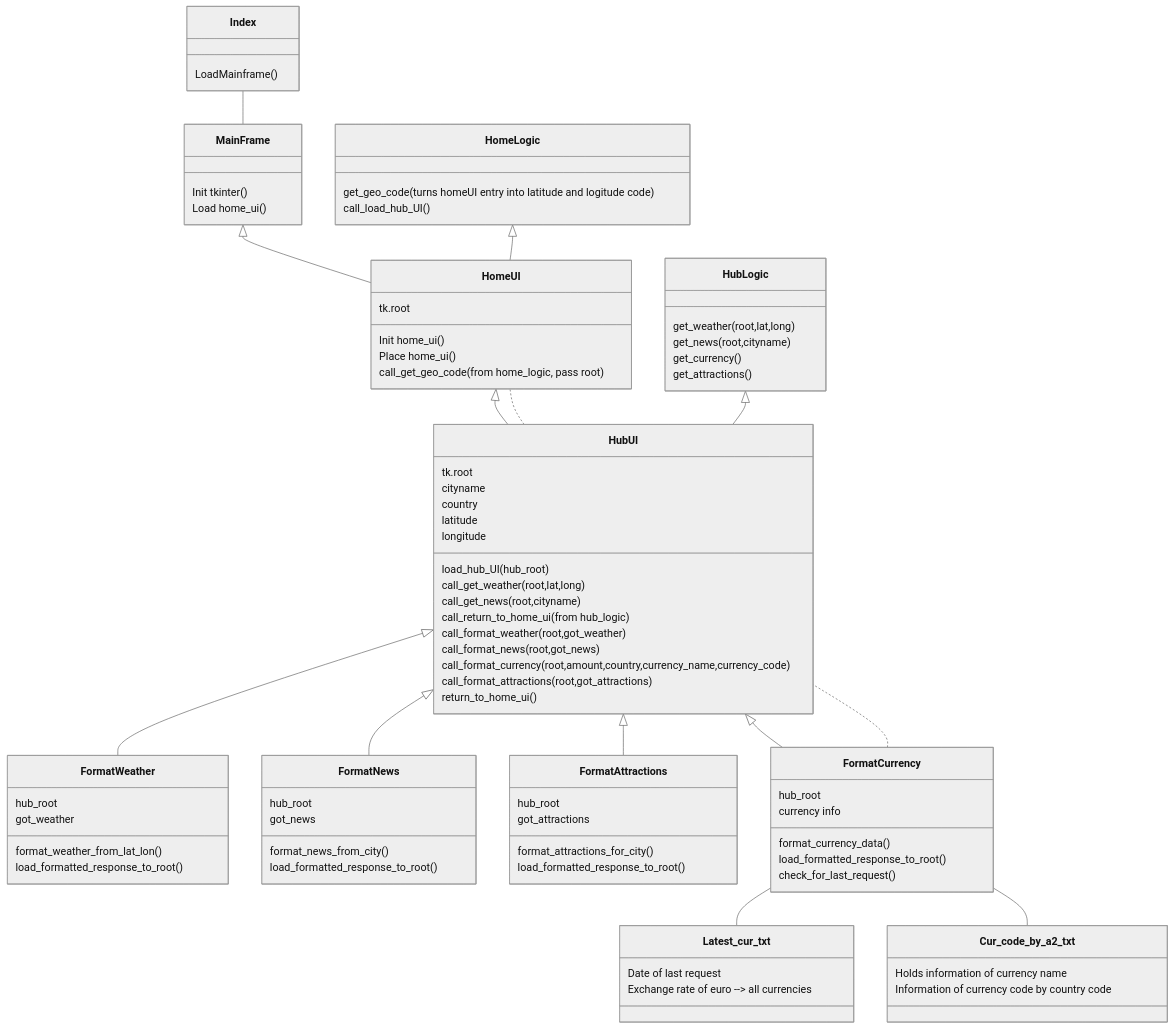
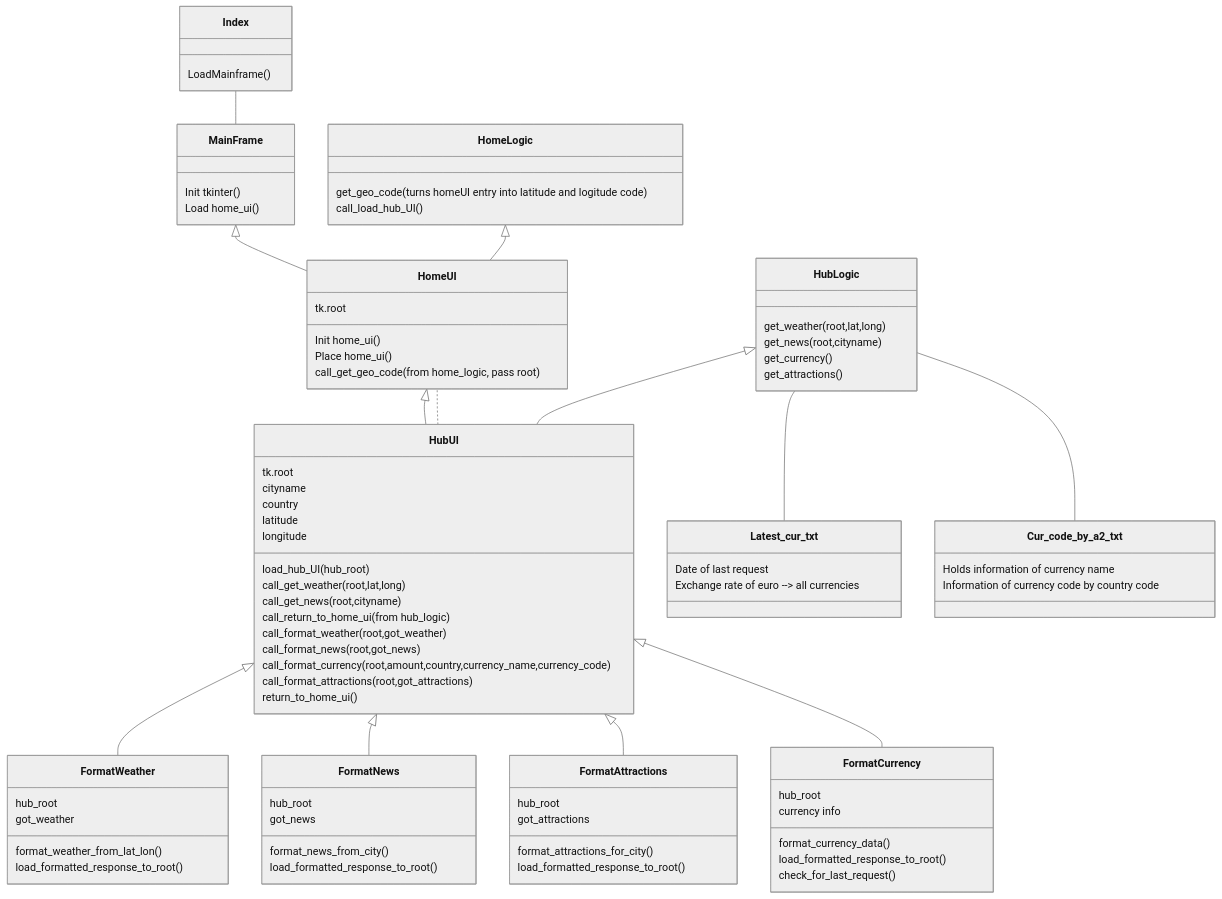
The diagram in dokumentaatio/arkkitehtuuri.md (kodtld/TravelHub), drawn with Mermaid (neutral theme) before and after one commit. The commit also changed other lines of this file, not shown here.

```diff
--- a/dokumentaatio/arkkitehtuuri.md
+++ b/dokumentaatio/arkkitehtuuri.md
@@ -21,14 +18,13 @@
       HomeLogic <|-- HomeUI
       HomeUI <|-- HubUI
       HubLogic <|-- HubUI
+      HubLogic -- Latest_cur_txt
+      HubLogic -- Cur_code_by_a2_txt
       HubUI ..	HomeUI
       HubUI <|-- FormatWeather
       HubUI <|-- FormatNews
       HubUI <|-- FormatAttractions
       HubUI <|-- FormatCurrency
-      FormatCurrency .. HubUI
-      FormatCurrency -- Latest_cur_txt
-      FormatCurrency -- Cur_code_by_a2_txt
 
        
       Index : LoadMainframe()
```
